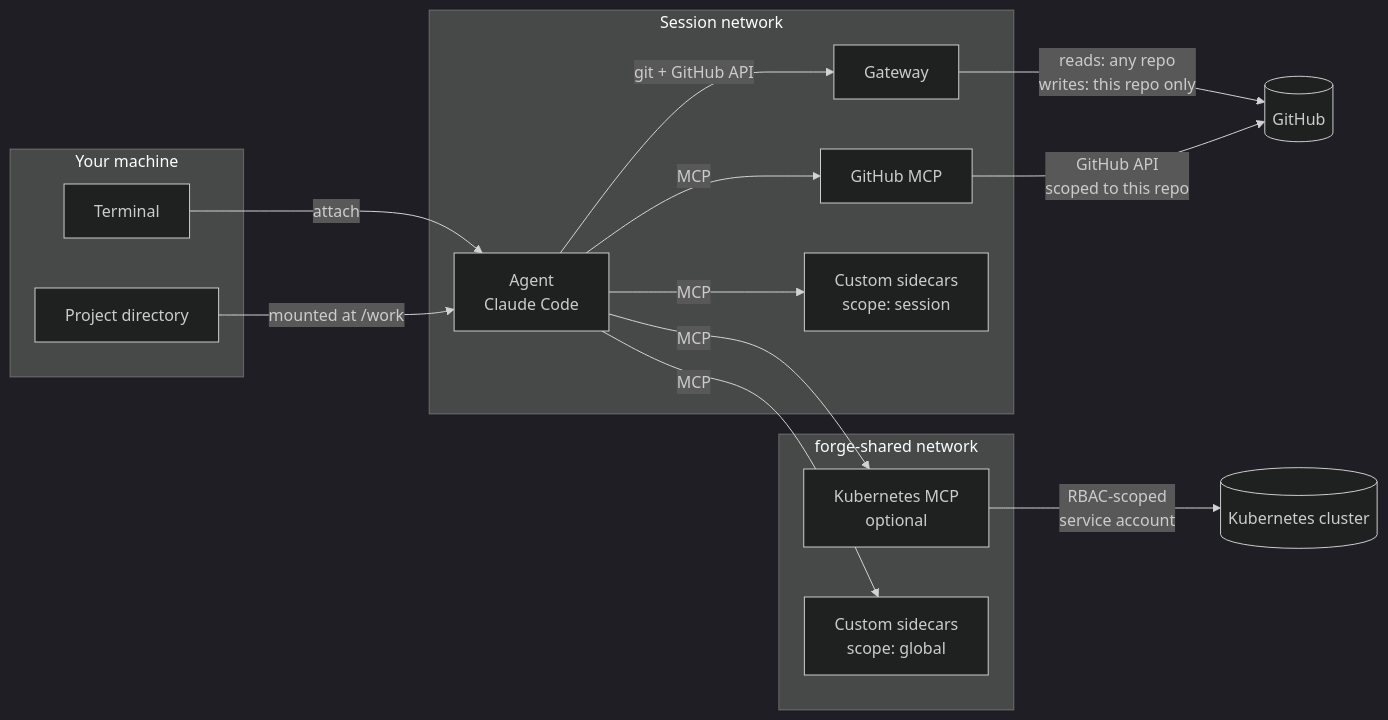
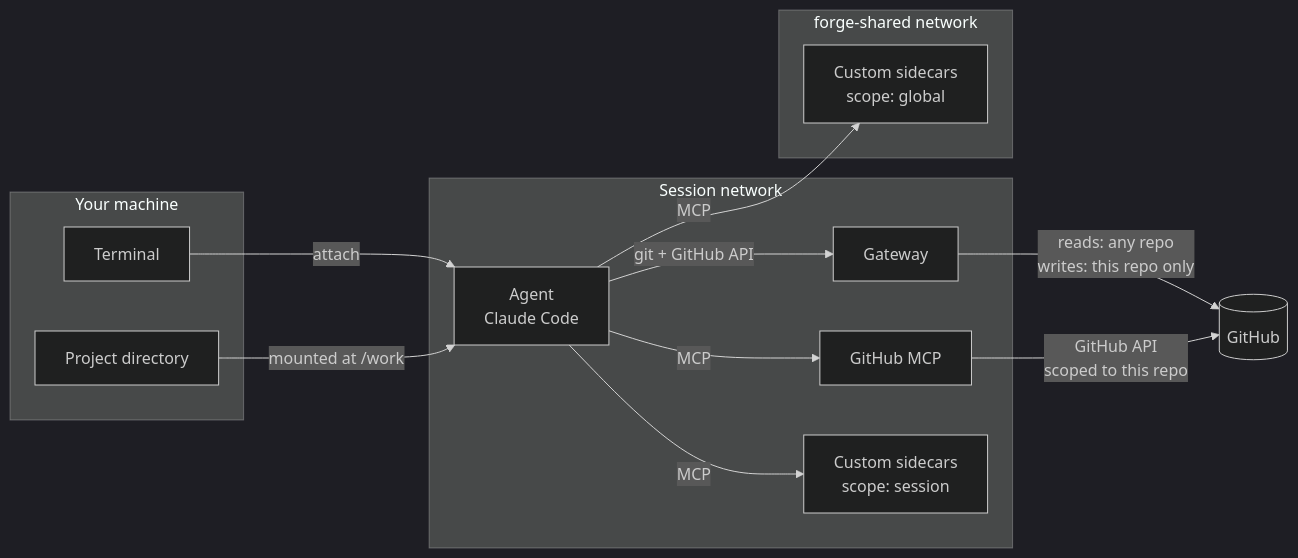
One commit to michael-freling/claude-forge changed the diagram in docs/content/docs/how-it-works.md. Above: the diagram before and after it, drawn with Mermaid (dark theme). The commit also changed other lines of this file and 50 other files, not shown here.

First line of the commit message:
feat!: first-party Kubernetes MCP server replaces the built-in k8s integration (#99)

````diff
--- a/docs/content/docs/how-it-works.md
+++ b/docs/content/docs/how-it-works.md
@@ -29,24 +26,22 @@
 ```mermaid
 flowchart LR
     subgraph host [Your machine]
         T[Terminal]
         P[Project directory]
     end
     subgraph sn [Session network]
         A[Agent<br/>Claude Code]
         G[Gateway]
         M[GitHub MCP]
         S[Custom sidecars<br/>scope: session]
     end
     subgraph shared [forge-shared network]
-        K[Kubernetes MCP<br/>optional]
         C[Custom sidecars<br/>scope: global]
     end
     T -- attach --> A
     P -- mounted at /work --> A
     A -- git + GitHub API --> G
-    A -- MCP --> M & S & K & C
+    A -- MCP --> M & S & C
     G -- "reads: any repo<br/>writes: this repo only" --> GH[(GitHub)]
     M -- "GitHub API<br/>scoped to this repo" --> GH
-    K -- RBAC-scoped<br/>service account --> KC[(Kubernetes cluster)]
 ```
````
